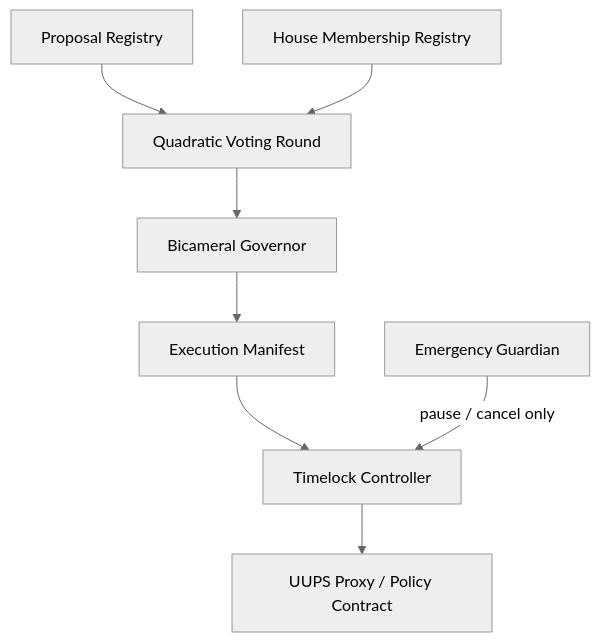
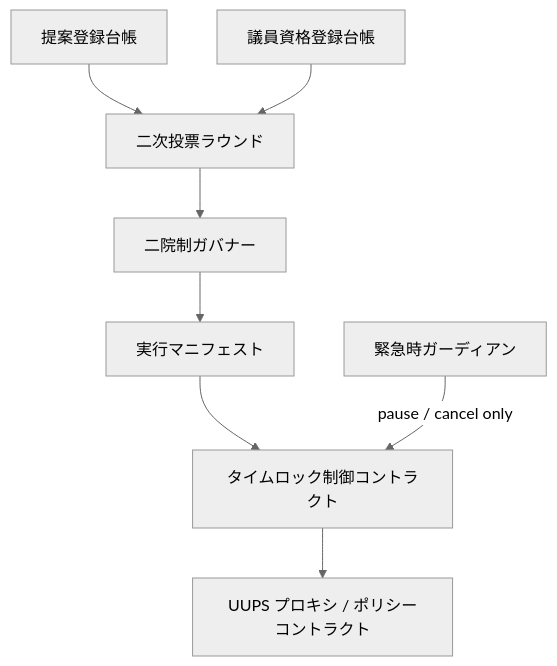
One commit to ShigeichiroYamasaki/creator-first-platform changed the second of 2 diagrams in docs/governance/index.md. Above: the diagram before and after it, drawn with Mermaid (neutral theme). The commit also changed other lines of this file and 72 other files, not shown here.

````diff
--- a/docs/governance/index.md
+++ b/docs/governance/index.md
@@ -160,17 +160,17 @@
 ```mermaid
 flowchart TD
-    REG[Proposal Registry]
-    MEMBER[House Membership Registry]
-    QV[Quadratic Voting Round]
-    BICAM[Bicameral Governor]
-    MANIFEST[Execution Manifest]
-    TIMELOCK[Timelock Controller]
-    PROXY[UUPS Proxy / Policy Contract]
-    GUARD[Emergency Guardian]
+    REG[提案登録台帳]
+    MEMBER[議員資格登録台帳]
+    QV[二次投票ラウンド]
+    BICAM[二院制ガバナー]
+    MANIFEST[実行マニフェスト]
+    TIMELOCK[タイムロック制御コントラクト]
+    PROXY[UUPS プロキシ / ポリシーコントラクト]
+    GUARD[緊急時ガーディアン]
 
     REG --> QV
     MEMBER --> QV
     QV --> BICAM
     BICAM --> MANIFEST --> TIMELOCK --> PROXY
     GUARD -->|pause / cancel only| TIMELOCK
 ```
````
